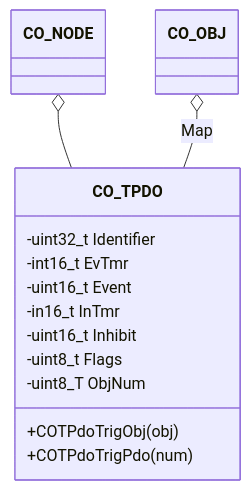
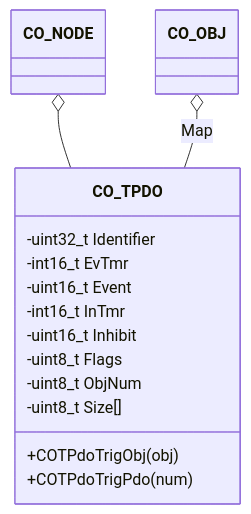
The diagram in website/docs/api/tpdo.md (embedded-office/canopen-website), drawn with Mermaid before and after one commit.

Commit message:
minor fixes in class diagram

````diff
--- a/website/docs/api/tpdo.md
+++ b/website/docs/api/tpdo.md
@@ -7,16 +7,17 @@
 ```mermaid
 classDiagram
   CO_NODE o-- CO_TPDO
   CO_OBJ o-- CO_TPDO : Map
   class CO_TPDO {
     -uint32_t Identifier
     -int16_t EvTmr
     -uint16_t Event
-    -in16_t InTmr
+    -int16_t InTmr
     -uint16_t Inhibit
     -uint8_t Flags
-    -uint8_T ObjNum
+    -uint8_t ObjNum
+    -uint8_t Size[]
     +COTPdoTrigObj(obj)
     +COTPdoTrigPdo(num)
   }
 ```
````
